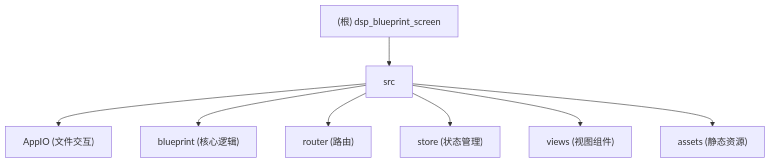
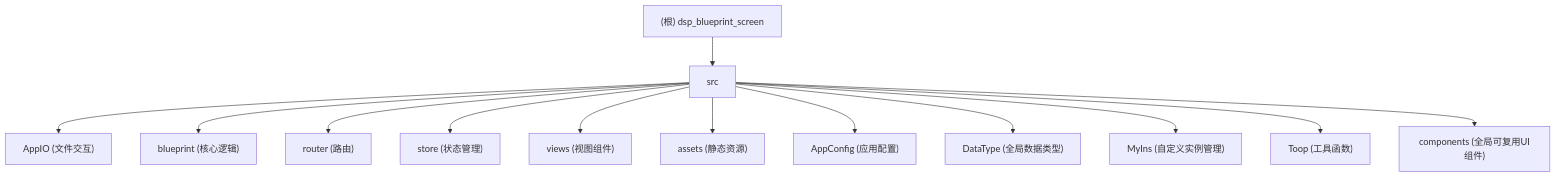
The diagram in CLAUDE.md (cj1354421348/DspBlueprintScreen), drawn with Mermaid before and after one commit. The commit also changed other lines of this file and 7 other files, not shown here.

````diff
--- a/CLAUDE.md
+++ b/CLAUDE.md
@@ -27,10 +28,26 @@
 ```mermaid
 graph TD
     A["(根) dsp_blueprint_screen"] --> B["src"];
     B --> C["AppIO (文件交互)"];
     B --> D["blueprint (核心逻辑)"];
     B --> E["router (路由)"];
     B --> F["store (状态管理)"];
     B --> G["views (视图组件)"];
     B --> H["assets (静态资源)"];
+    B --> I["AppConfig (应用配置)"];
+    B --> J["DataType (全局数据类型)"];
+    B --> K["MyIns (自定义实例管理)"];
+    B --> L["Toop (工具函数)"];
+    B --> M["components (全局可复用UI组件)"];
+
+    click C "./src/AppIO/CLAUDE.md" "查看 AppIO 模块文档"
+    click D "./src/blueprint/CLAUDE.md" "查看 blueprint 模块文档"
+    click E "./src/router/CLAUDE.md" "查看 router 模块文档"
+    click F "./src/store/CLAUDE.md" "查看 store 模块文档"
+    click G "./src/views/CLAUDE.md" "查看 views 模块文档"
+    click I "./src/AppConfig/CLAUDE.md" "查看 AppConfig 模块文档"
+    click J "./src/DataType/CLAUDE.md" "查看 DataType 模块文档"
+    click K "./src/MyIns/CLAUDE.md" "查看 MyIns 模块文档"
+    click L "./src/Toop/CLAUDE.md" "查看 Toop 模块文档"
+    click M "./src/components/CLAUDE.md" "查看 components 模块文档"
 ```
````
